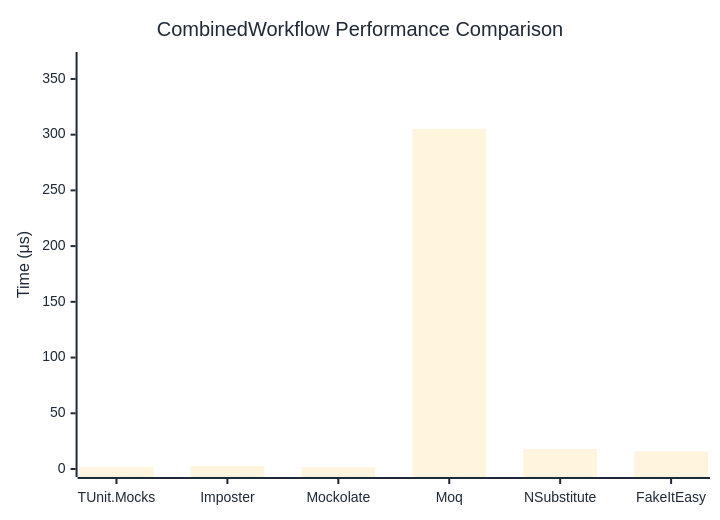
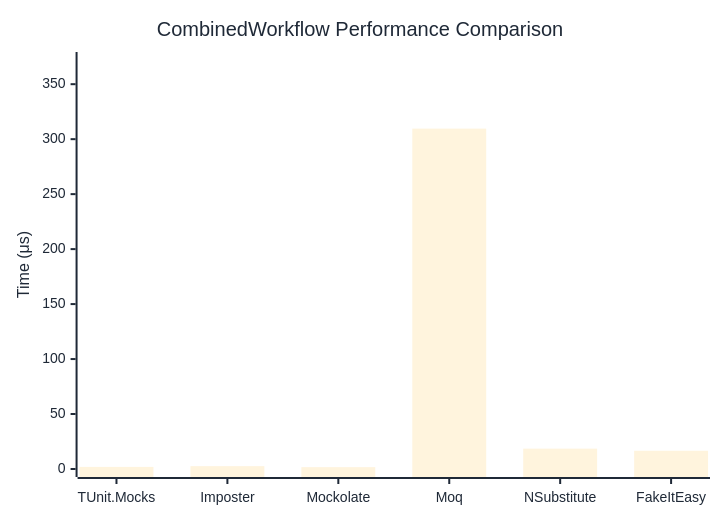
Before and after one commit to thomhurst/TUnit: the diagram in docs/docs/benchmarks/mocks/CombinedWorkflow.md, drawn with Mermaid. The commit also changed other lines of this file and 14 other files, not shown here.

````diff
--- a/docs/docs/benchmarks/mocks/CombinedWorkflow.md
+++ b/docs/docs/benchmarks/mocks/CombinedWorkflow.md
@@ -30,27 +30,27 @@
 ```mermaid
 %%{init: {
   'theme':'base',
   'themeVariables': {
     'primaryColor': '#2563eb',
     'primaryTextColor': '#1f2937',
     'primaryBorderColor': '#1e40af',
     'lineColor': '#6b7280',
     'secondaryColor': '#7c3aed',
     'tertiaryColor': '#dc2626',
     'background': '#ffffff',
     'pie1': '#2563eb',
     'pie2': '#7c3aed',
     'pie3': '#dc2626',
     'pie4': '#f59e0b',
     'pie5': '#10b981',
     'pie6': '#06b6d4',
     'pie7': '#ec4899',
     'pie8': '#6366f1'
   }
 }}%%
 xychart-beta
   title "CombinedWorkflow Performance Comparison"
   x-axis ["TUnit.Mocks", "Imposter", "Mockolate", "Moq", "NSubstitute", "FakeItEasy"]
-  y-axis "Time (μs)" 0 --> 367
-  bar [2.011, 2.608, 1.66, 305.261, 17.793, 15.855]
+  y-axis "Time (μs)" 0 --> 372
+  bar [1.892, 2.576, 1.667, 309.579, 18.523, 16.596]
 ```
````
